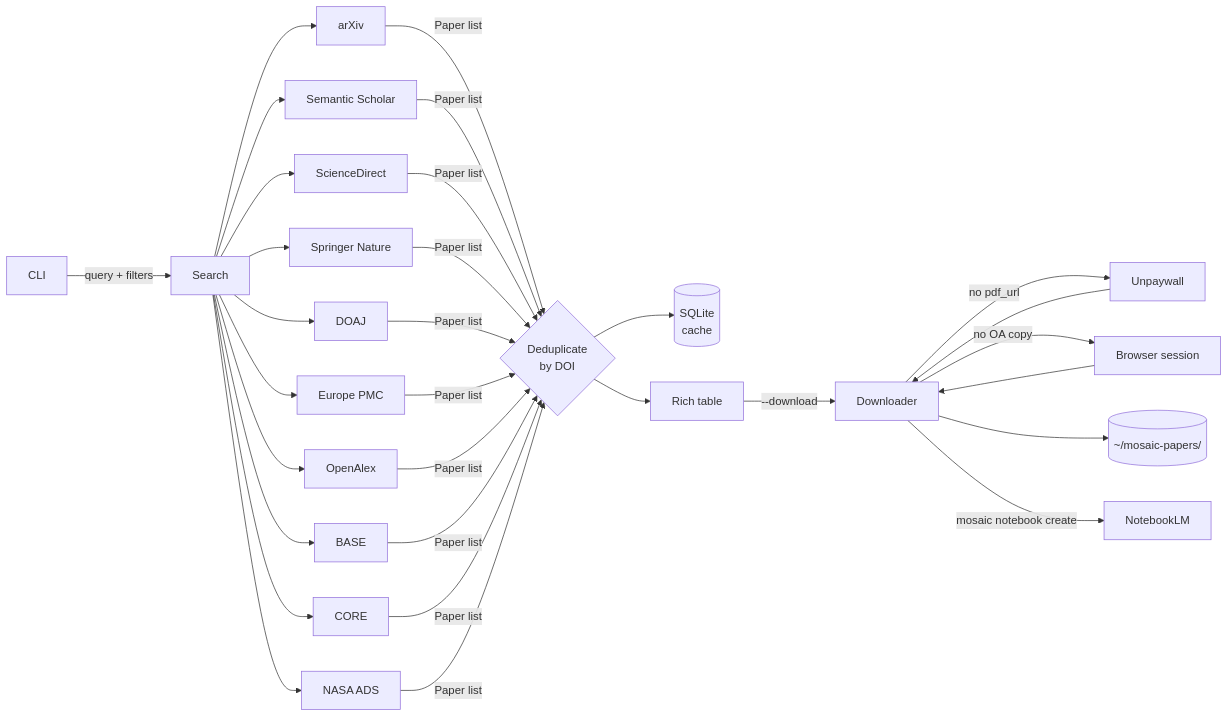
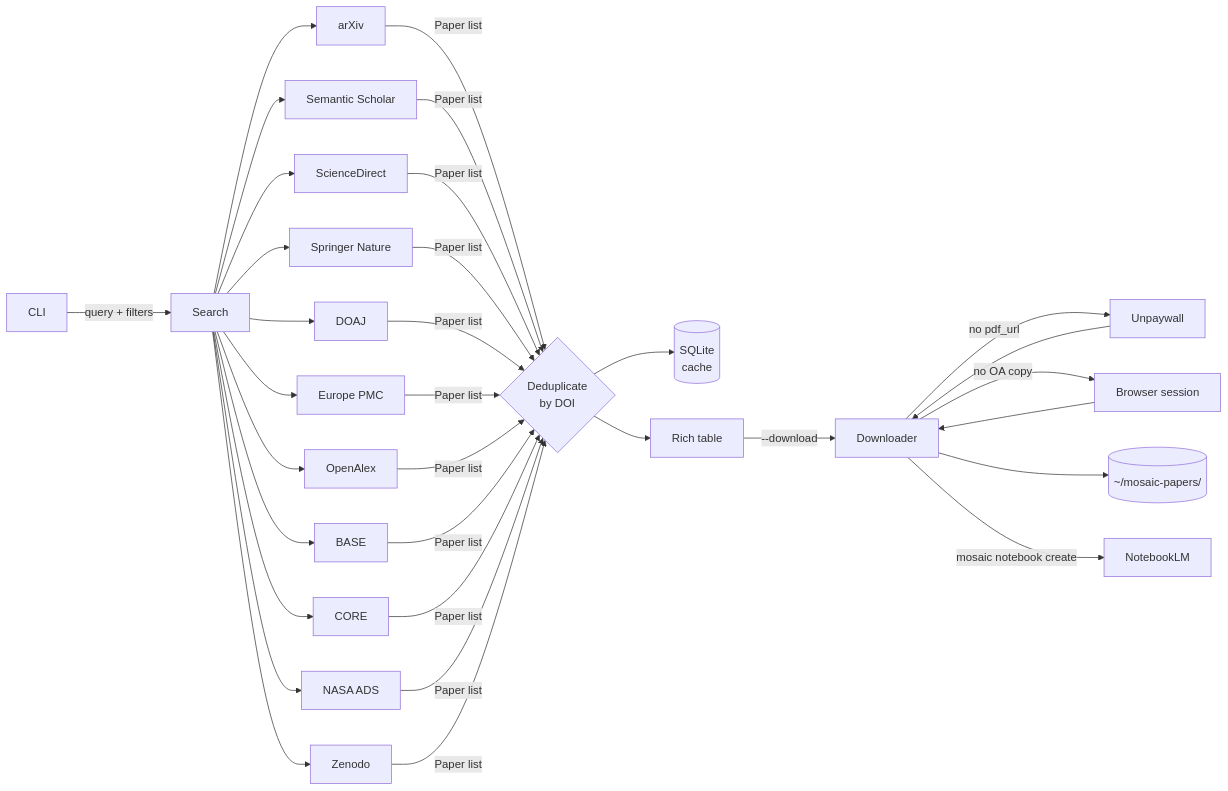
One commit to szaghi/mosaic changed the diagram in README.md. Above: the diagram before and after it, drawn with Mermaid. The commit also changed other lines of this file and 12 other files, not shown here.

````diff
--- a/README.md
+++ b/README.md
@@ -231,15 +232,15 @@
 ```mermaid
 flowchart LR
     CLI -->|query + filters| Search
-    Search --> arXiv & SS[Semantic Scholar] & SD[ScienceDirect] & SP[Springer Nature] & DOAJ & EPMC[Europe PMC] & OA[OpenAlex] & BASE & CORE & ADS[NASA ADS]
-    arXiv & SS & SD & SP & DOAJ & EPMC & OA & BASE & CORE & ADS -->|Paper list| Dedup{Deduplicate\nby DOI}
+    Search --> arXiv & SS[Semantic Scholar] & SD[ScienceDirect] & SP[Springer Nature] & DOAJ & EPMC[Europe PMC] & OA[OpenAlex] & BASE & CORE & ADS[NASA ADS] & ZEN[Zenodo]
+    arXiv & SS & SD & SP & DOAJ & EPMC & OA & BASE & CORE & ADS & ZEN -->|Paper list| Dedup{Deduplicate\nby DOI}
     Dedup --> Cache[(SQLite\ncache)]
     Dedup --> Table[Rich table]
     Table -->|--download| DL[Downloader]
     DL -->|no pdf_url| UPW[Unpaywall]
     UPW --> DL
     DL -->|no OA copy| AUTH[Browser session]
     AUTH --> DL
     DL --> Disk[(~/mosaic-papers/)]
     DL -->|mosaic notebook create| NLM[NotebookLM]
 ```
````
